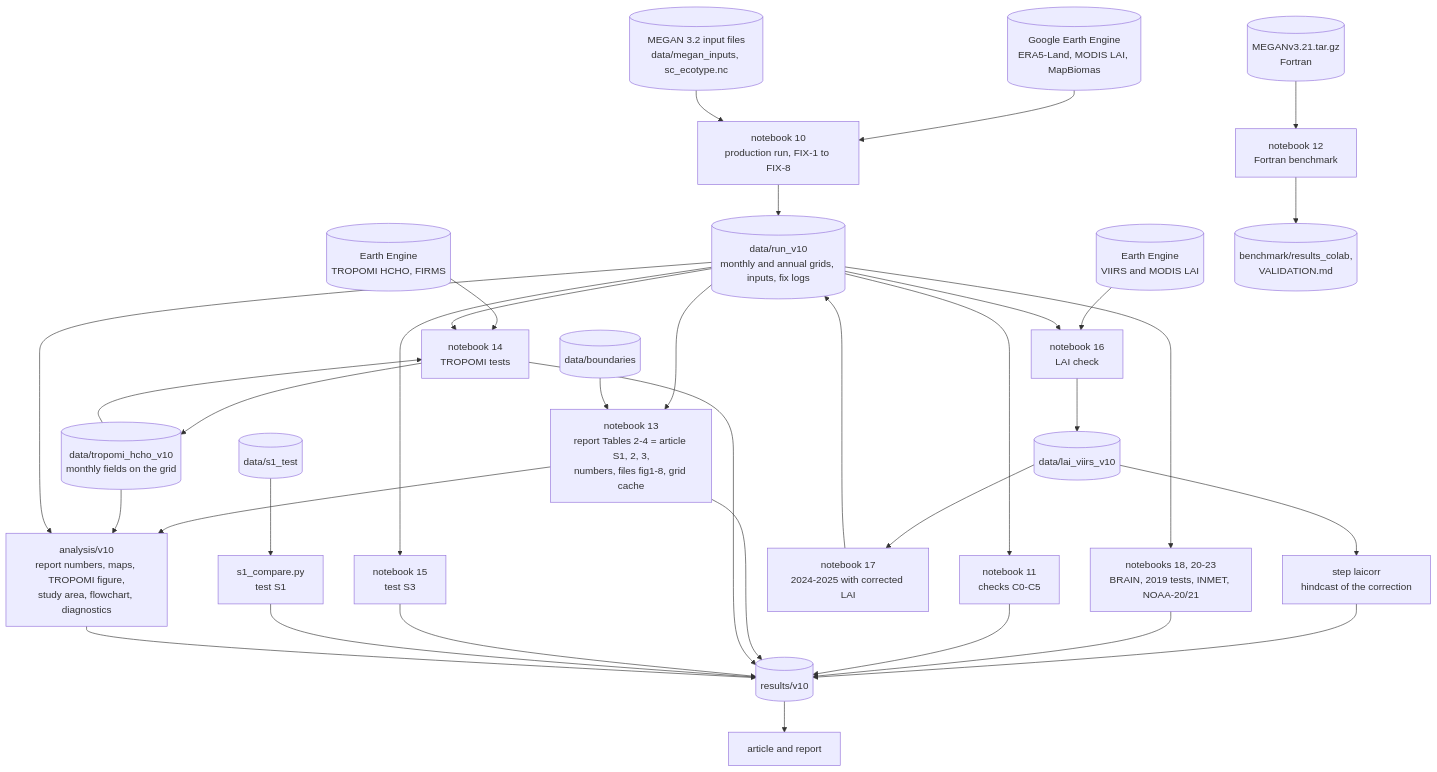
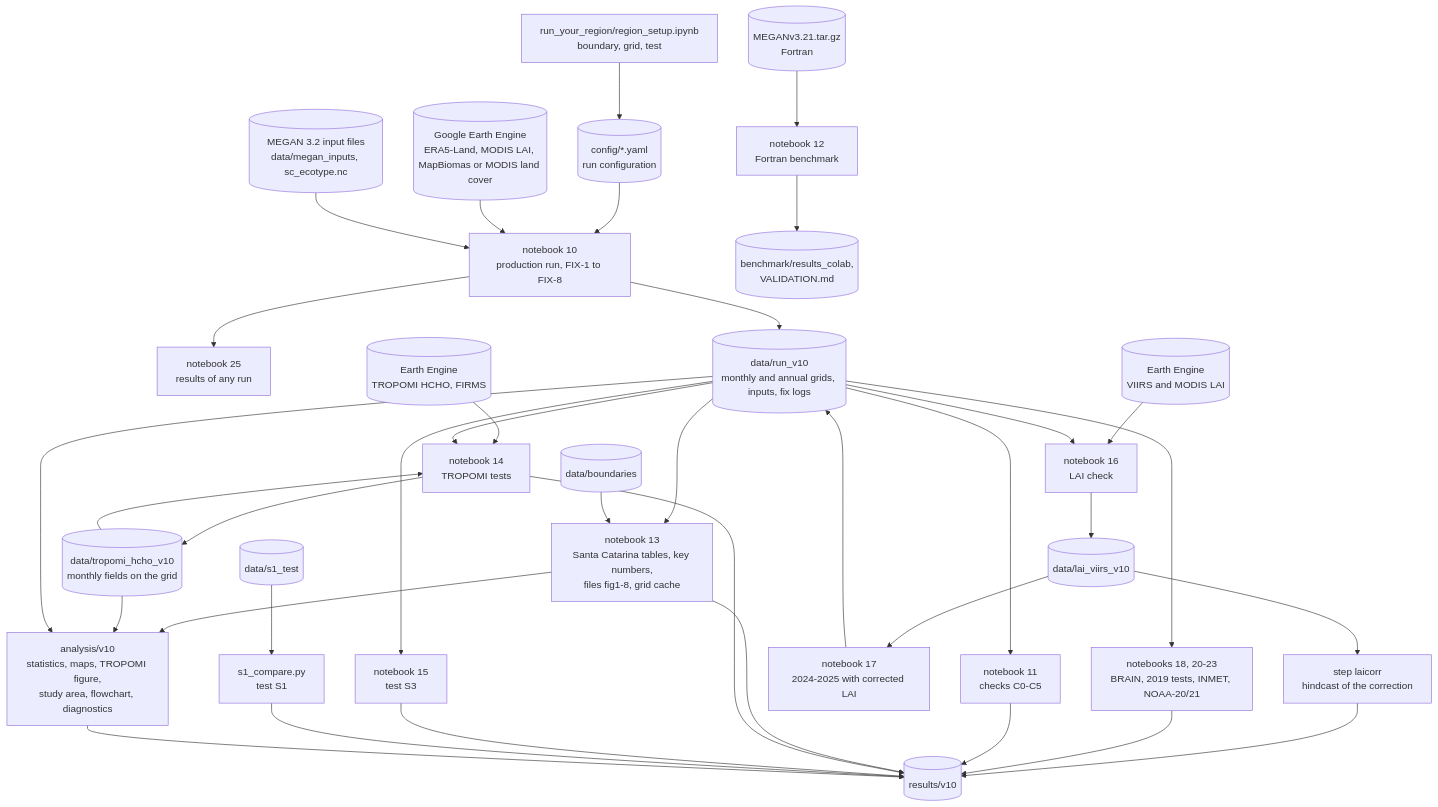
One commit to jessicajcss/MEGAN_SC changed the diagram in docs/tutorial/04_pipeline.md. Above: the diagram before and after it, drawn with Mermaid. The commit also changed other lines of this file and 251 other files, not shown here.

Commit message:
Run any region from a configuration; tutorial and notebooks referenced to the repository only

````diff
--- a/docs/tutorial/04_pipeline.md
+++ b/docs/tutorial/04_pipeline.md
@@ -11,36 +22,38 @@
 ```mermaid
 flowchart TD
-    EE[(Google Earth Engine<br/>ERA5-Land, MODIS LAI, MapBiomas)] --> NB10[notebook 10<br/>production run, FIX-1 to FIX-8]
+    WIZ[run_your_region/region_setup.ipynb<br/>boundary, grid, test] --> CFG[(config/*.yaml<br/>run configuration)]
+    CFG --> NB10
+    EE[(Google Earth Engine<br/>ERA5-Land, MODIS LAI, MapBiomas or MODIS land cover)] --> NB10[notebook 10<br/>production run, FIX-1 to FIX-8]
     MEG[(MEGAN 3.2 input files<br/>data/megan_inputs, sc_ecotype.nc)] --> NB10
+    NB10 --> NB25[notebook 25<br/>results of any run]
     NB10 --> RUN[(data/run_v10<br/>monthly and annual grids, inputs, fix logs)]
     RUN --> NB11[notebook 11<br/>checks C0-C5]
-    RUN --> NB13[notebook 13<br/>report Tables 2-4 = article S1, 2, 3,<br/>numbers, files fig1-8, grid cache]
+    RUN --> NB13[notebook 13<br/>Santa Catarina tables, key numbers,<br/>files fig1-8, grid cache]
     BND[(data/boundaries)] --> NB13
     EE2[(Earth Engine<br/>TROPOMI HCHO, FIRMS)] --> NB14[notebook 14<br/>TROPOMI tests]
     RUN --> NB14
     NB14 --> TRO[(data/tropomi_hcho_v10<br/>monthly fields on the grid)]
     TRO --> NB14
     RUN --> NB15[notebook 15<br/>test S3]
     S1[(data/s1_test)] --> S1C[s1_compare.py<br/>test S1]
-    NB13 --> AN[analysis/v10<br/>report numbers, maps, TROPOMI figure,<br/>study area, flowchart, diagnostics]
+    NB13 --> AN[analysis/v10<br/>statistics, maps, TROPOMI figure,<br/>study area, flowchart, diagnostics]
     EE3[(Earth Engine<br/>VIIRS and MODIS LAI)] --> NB16[notebook 16<br/>LAI check]
     RUN --> NB16
     NB16 --> LV[(data/lai_viirs_v10)]
     LV --> LC[step laicorr<br/>hindcast of the correction]
     LV --> NB17[notebook 17<br/>2024-2025 with corrected LAI]
     NB17 --> RUN
     LC --> RES
     RUN --> NB1823[notebooks 18, 20-23<br/>BRAIN, 2019 tests, INMET, NOAA-20/21]
     NB1823 --> RES
     TRO --> AN
     RUN --> AN
     NB11 --> RES[(results/v10)]
     NB13 --> RES
     NB14 --> RES
     NB15 --> RES
     S1C --> RES
     AN --> RES
-    RES --> DOCS[article and report]
     TGZ[(MEGANv3.21.tar.gz<br/>Fortran)] --> NB12[notebook 12<br/>Fortran benchmark]
     NB12 --> VAL[(benchmark/results_colab,<br/>VALIDATION.md)]
 ```
````
